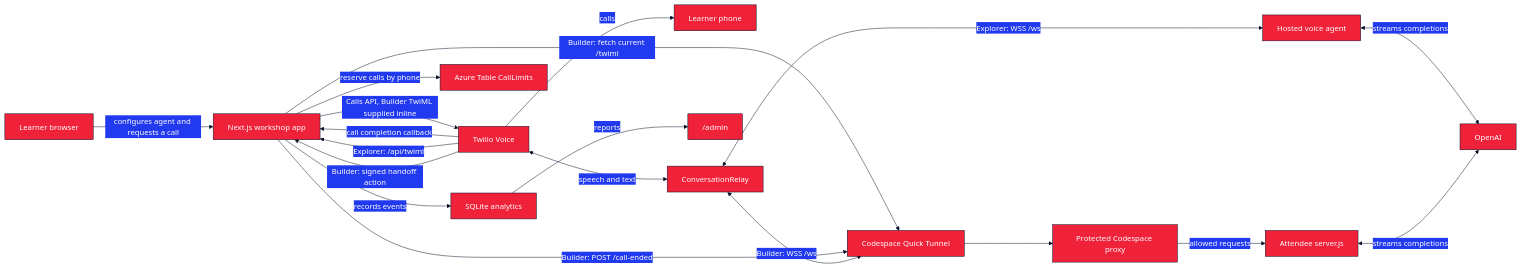
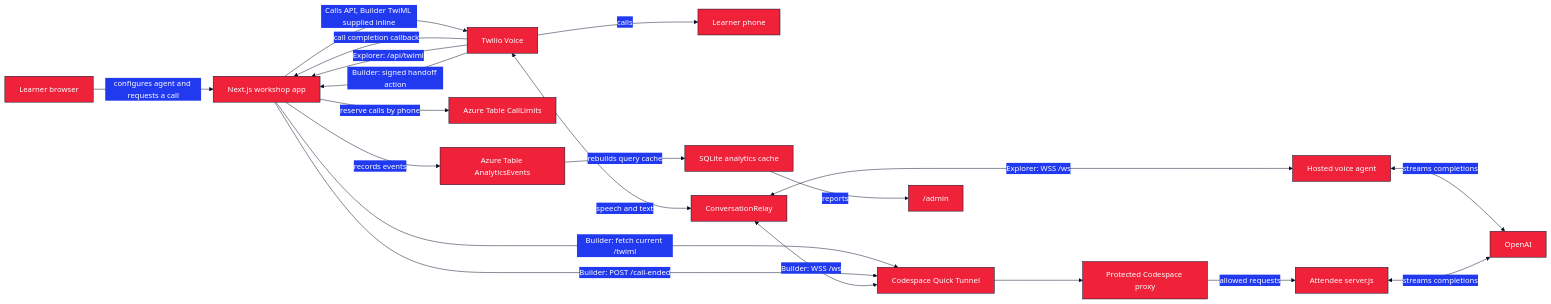
The diagram in README.md (anthonyplusAI/twilio-voice-ai), drawn with Mermaid before and after one commit. The commit also changed other lines of this file and 27 other files, not shown here.

````diff
--- a/README.md
+++ b/README.md
@@ -187,22 +187,23 @@
 ```mermaid
 %%{init: {'theme':'base','themeVariables':{'primaryColor':'#EF223A','primaryTextColor':'#FFFFFF','primaryBorderColor':'#000D25','lineColor':'#000D25','fontFamily':'Inter, system-ui, sans-serif'}}}%%
 flowchart LR
   Learner["Learner browser"] -->|configures agent and requests a call| App["Next.js workshop app"]
   App -->|Calls API, Builder TwiML supplied inline| Voice["Twilio Voice"]
   App -->|reserve calls by phone| Limits["Azure Table CallLimits"]
   App -->|Builder: fetch current /twiml| Tunnel["Codespace Quick Tunnel"]
   Voice -->|calls| Phone["Learner phone"]
   Voice -->|call completion callback| App
   Voice -->|Explorer: /api/twiml| App
   Voice -->|Builder: signed handoff action| App
   App -->|Builder: POST /call-ended| Tunnel
   Voice <-->|speech and text| Relay["ConversationRelay"]
   Relay <-->|Explorer: WSS /ws| Agent["Hosted voice agent"]
   Relay <-->|Builder: WSS /ws| Tunnel
   Tunnel --> Proxy["Protected Codespace proxy"]
   Proxy -->|allowed requests| Builder["Attendee server.js"]
   Agent <-->|streams completions| OpenAI["OpenAI"]
   Builder <-->|streams completions| OpenAI
-  App -->|records events| SQLite["SQLite analytics"]
+  App -->|records events| AnalyticsTable["Azure Table AnalyticsEvents"]
+  AnalyticsTable -->|rebuilds query cache| SQLite["SQLite analytics cache"]
   SQLite -->|reports| Admin["/admin"]
 ```
````
